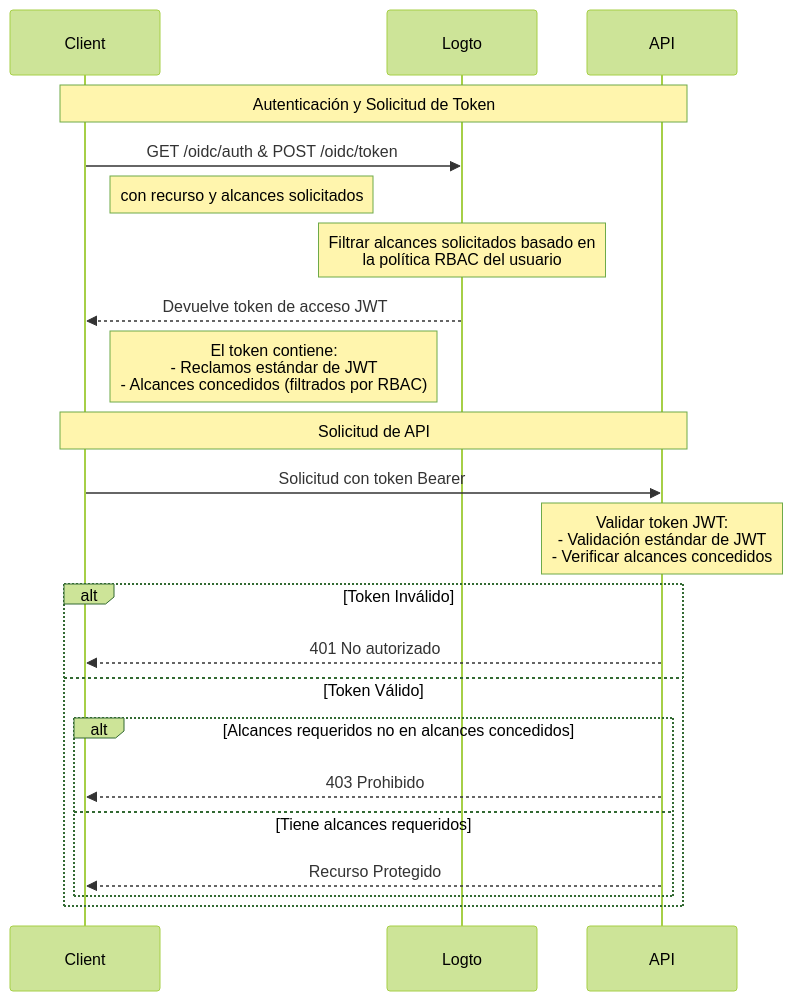
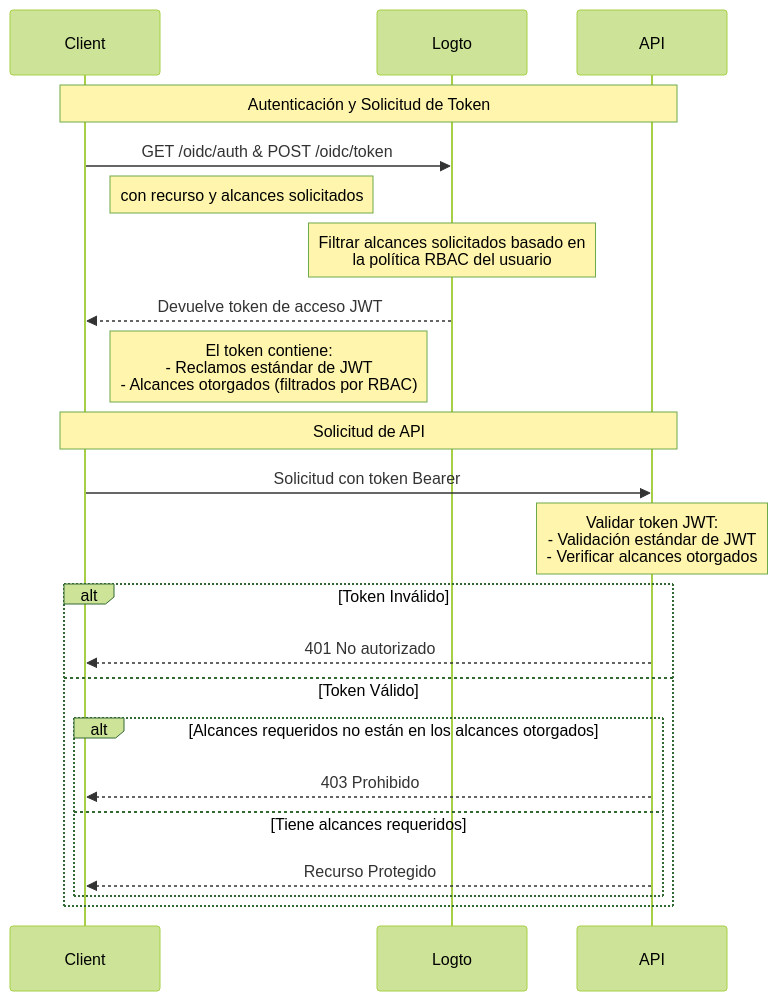
Before and after one commit to logto-io/docs: the diagram in i18n/es/docusaurus-plugin-content-docs/current/authorization/role-based-access-control/protect-api-resources-with-rbac.mdx, drawn with Mermaid (forest theme). The commit also changed other lines of this file and 234 other files, not shown here.

````diff
--- a/i18n/es/docusaurus-plugin-content-docs/current/authorization/role-based-access-control/protect-api-resources-with-rbac.mdx
+++ b/i18n/es/docusaurus-plugin-content-docs/current/authorization/role-based-access-control/protect-api-resources-with-rbac.mdx
@@ -13,29 +13,29 @@
 ```mermaid
 sequenceDiagram
     participant Client
     participant Logto
     participant API
 
     Note over Client,API: Autenticación y Solicitud de Token
     Client->>Logto: GET /oidc/auth & POST /oidc/token
     Note right of Client: con recurso y alcances solicitados
 
     Note over Logto: Filtrar alcances solicitados basado en<br/>la política RBAC del usuario
     Logto-->>Client: Devuelve token de acceso JWT
-    Note left of Logto: El token contiene:<br/>- Reclamos estándar de JWT<br/>- Alcances concedidos (filtrados por RBAC)
+    Note left of Logto: El token contiene:<br/>- Reclamos estándar de JWT<br/>- Alcances otorgados (filtrados por RBAC)
 
     Note over Client,API: Solicitud de API
     Client->>API: Solicitud con token Bearer
 
-    Note over API: Validar token JWT:<br/>- Validación estándar de JWT<br/>- Verificar alcances concedidos
+    Note over API: Validar token JWT:<br/>- Validación estándar de JWT<br/>- Verificar alcances otorgados
 
     alt Token Inválido
         API-->>Client: 401 No autorizado
     else Token Válido
-        alt Alcances requeridos no en alcances concedidos
+        alt Alcances requeridos no están en los alcances otorgados
             API-->>Client: 403 Prohibido
         else Tiene alcances requeridos
             API-->>Client: Recurso Protegido
         end
     end
 ```
````
